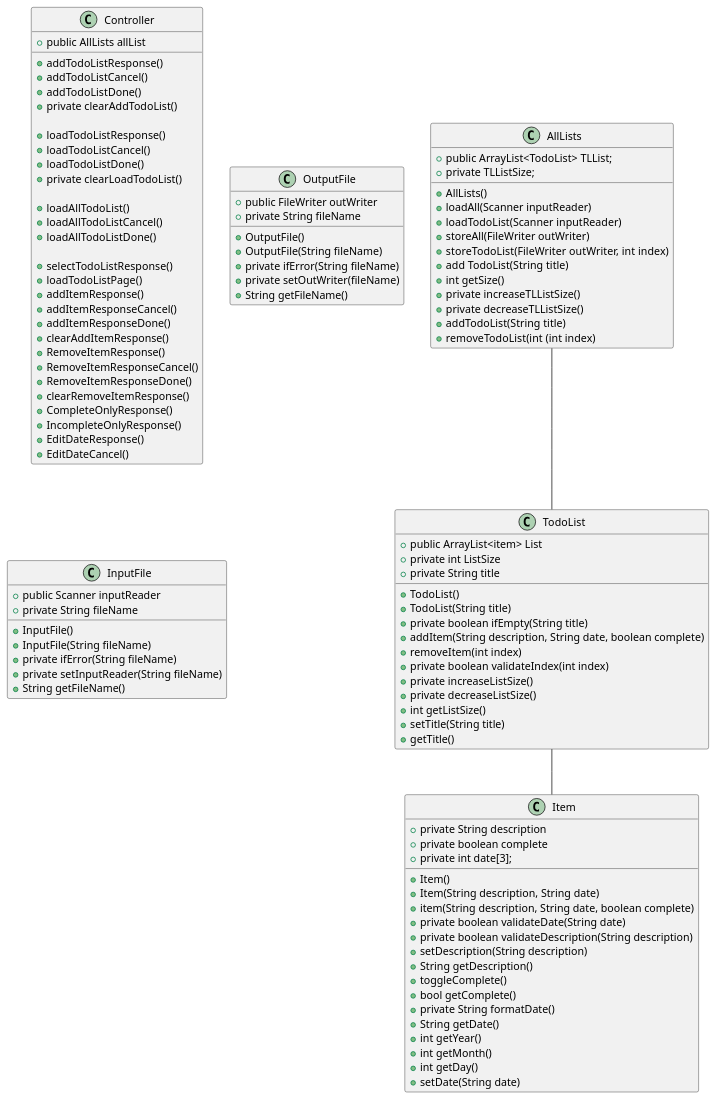
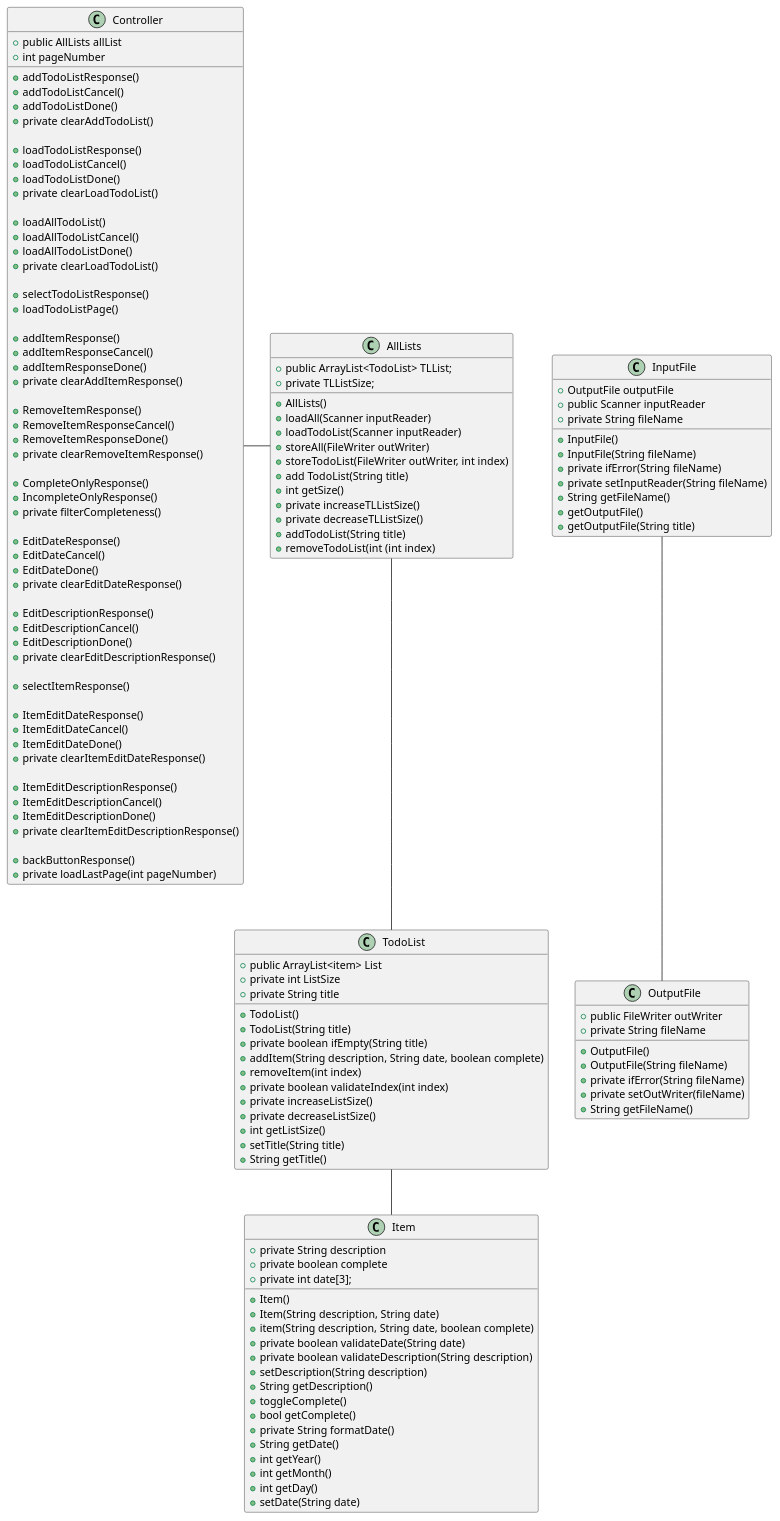
Before and after one commit to Urimus3600/mathew-cop3330-assignment4: the diagram in src/main/java/Assignment 4.puml, drawn with PlantUML. The commit also changed 10 other files, not shown here.

```diff
--- a/src/main/java/Assignment 4.puml
+++ b/src/main/java/Assignment 4.puml
@@ -1,109 +1,142 @@
 @startuml
 'https://plantuml.com/sequence-diagram
+Controller - AllLists
 class Controller{
 +public AllLists allList
++int pageNumber
 
 +addTodoListResponse()
 +addTodoListCancel()
 +addTodoListDone()
 +private clearAddTodoList()
 
 +loadTodoListResponse()
 +loadTodoListCancel()
 +loadTodoListDone()
 +private clearLoadTodoList()
 
 +loadAllTodoList()
 +loadAllTodoListCancel()
 +loadAllTodoListDone()
++private clearLoadTodoList()
 
 +selectTodoListResponse()
 +loadTodoListPage()
+
 +addItemResponse()
 +addItemResponseCancel()
 +addItemResponseDone()
-+clearAddItemResponse()
++private clearAddItemResponse()
+
 +RemoveItemResponse()
 +RemoveItemResponseCancel()
 +RemoveItemResponseDone()
-+clearRemoveItemResponse()
++private clearRemoveItemResponse()
+
 +CompleteOnlyResponse()
 +IncompleteOnlyResponse()
++private filterCompleteness()
+
 +EditDateResponse()
 +EditDateCancel()
++EditDateDone()
++private clearEditDateResponse()
 
++EditDescriptionResponse()
++EditDescriptionCancel()
++EditDescriptionDone()
++private clearEditDescriptionResponse()
+
++selectItemResponse()
+
++ItemEditDateResponse()
++ItemEditDateCancel()
++ItemEditDateDone()
++private clearItemEditDateResponse()
+
++ItemEditDescriptionResponse()
++ItemEditDescriptionCancel()
++ItemEditDescriptionDone()
++private clearItemEditDescriptionResponse()
+
++backButtonResponse()
++private loadLastPage(int pageNumber)
 }
 class Item{
 +private String description
 +private boolean complete
 +private int date[3];
 +Item()
 +Item(String description, String date)
 +item(String description, String date, boolean complete)
 +private boolean validateDate(String date)
 +private boolean validateDescription(String description)
 +setDescription(String description)
 +String getDescription()
 +toggleComplete()
 +bool getComplete()
 +private String formatDate()
 +String getDate()
 +int getYear()
 +int getMonth()
 +int getDay()
 +setDate(String date)
 }
 
 TodoList -- Item
 
 class TodoList{
 +public ArrayList<item> List
 +private int ListSize
 +private String title
 +TodoList()
 +TodoList(String title)
 +private boolean ifEmpty(String title)
 +addItem(String description, String date, boolean complete)
 +removeItem(int index)
 +private boolean validateIndex(int index)
 +private increaseListSize()
 +private decreaseListSize()
 +int getListSize()
 +setTitle(String title)
-+getTitle()
++String getTitle()
 }
 AllLists -- TodoList
 class AllLists{
 +public ArrayList<TodoList> TLList;
 +private TLListSize;
 +AllLists()
 +loadAll(Scanner inputReader)
 +loadTodoList(Scanner inputReader)
 +storeAll(FileWriter outWriter)
 +storeTodoList(FileWriter outWriter, int index)
 +add TodoList(String title)
 +int getSize()
 +private increaseTLListSize()
 +private decreaseTLListSize()
 +addTodoList(String title)
 +removeTodoList(int (int index)
 }
 class OutputFile{
 +public FileWriter outWriter
 +private String fileName
 +OutputFile()
 +OutputFile(String fileName)
 +private ifError(String fileName)
 +private setOutWriter(fileName)
 +String getFileName()
 }
+InputFile --OutputFile
 class InputFile{
++OutputFile outputFile
 +public Scanner inputReader
 +private String fileName
 +InputFile()
 +InputFile(String fileName)
 +private ifError(String fileName)
 +private setInputReader(String fileName)
 +String getFileName()
++getOutputFile()
++getOutputFile(String title)
 }
 @enduml
```
